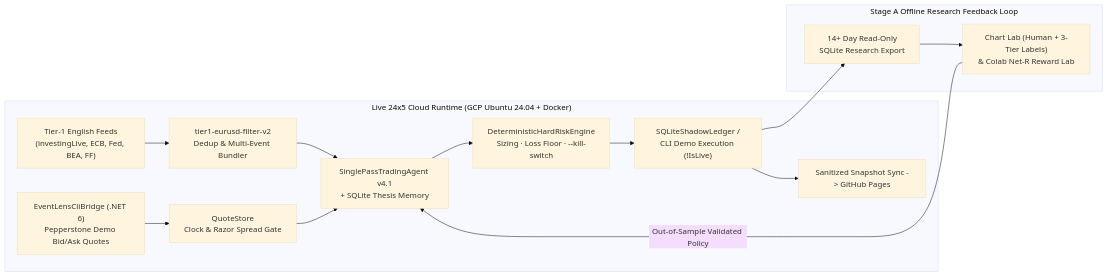
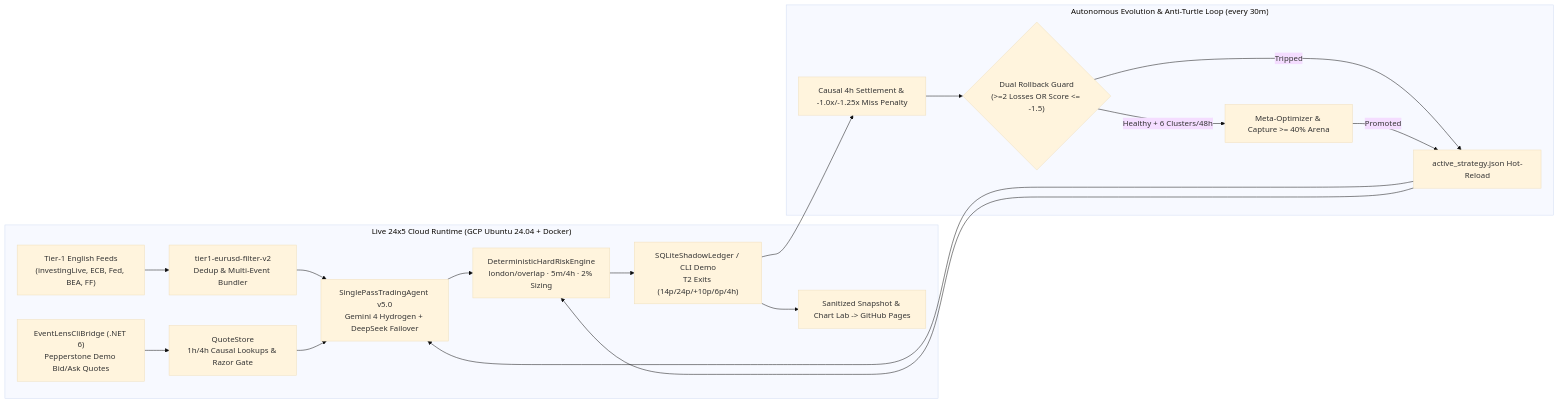
Before and after one commit to lohis-aimbot/eventlens: the diagram in README.md, drawn with Mermaid (base theme). The commit also changed other lines of this file and 15 other files, not shown here.

Commit message:
feat(evolution): add anti-turtle reward penalties, 6-cluster Meta-Optimizer arena, hot-reload, dual auto-rollback, and updated READMEs

````diff
--- a/README.md
+++ b/README.md
@@ -60,18 +62,22 @@
 ```mermaid
 flowchart LR
     subgraph LiveRuntime["Live 24x5 Cloud Runtime (GCP Ubuntu 24.04 + Docker)"]
         News["Tier-1 English Feeds<br/>(investingLive, ECB, Fed, BEA, FF)"] --> Filter["tier1-eurusd-filter-v2<br/>Dedup & Multi-Event Bundler"]
-        Bridge["EventLensCliBridge (.NET 6)<br/>Pepperstone Demo Bid/Ask Quotes"] --> Quotes["QuoteStore<br/>Clock & Razor Spread Gate"]
-        Filter --> Agent["SinglePassTradingAgent v4.1<br/>+ SQLite Thesis Memory"]
+        Bridge["EventLensCliBridge (.NET 6)<br/>Pepperstone Demo Bid/Ask Quotes"] --> Quotes["QuoteStore<br/>1h/4h Causal Lookups & Razor Gate"]
+        Filter --> Agent["SinglePassTradingAgent v5.0<br/>Gemini 4 Hydrogen + DeepSeek Failover"]
         Quotes --> Agent
-        Agent --> Risk["DeterministicHardRiskEngine<br/>Sizing · Loss Floor · --kill-switch"]
-        Risk --> Ledger["SQLiteShadowLedger /<br/>CLI Demo Execution (!IsLive)"]
-        Ledger --> Dash["Sanitized Snapshot Sync -> GitHub Pages"]
+        Agent --> Risk["DeterministicHardRiskEngine<br/>london/overlap · 5m/4h · 2% Sizing"]
+        Risk --> Ledger["SQLiteShadowLedger / CLI Demo<br/>T2 Exits (14p/24p/+10p/6p/4h)"]
+        Ledger --> Dash["Sanitized Snapshot & Chart Lab -> GitHub Pages"]
     end
 
-    subgraph StageALab["Stage A Offline Research Feedback Loop"]
-        Ledger --> Export["14+ Day Read-Only<br/>SQLite Research Export"]
-        Export --> Lab["Chart Lab (Human + 3-Tier Labels)<br/>& Colab Net-R Reward Lab"]
-        Lab -->|"Out-of-Sample Validated Policy"| Agent
+    subgraph AutoEvo["Autonomous Evolution & Anti-Turtle Loop (every 30m)"]
+        Ledger --> Settle["Causal 4h Settlement & -1.0x/-1.25x Miss Penalty"]
+        Settle --> Guard{"Dual Rollback Guard<br/>(>=2 Losses OR Score <= -1.5)"}
+        Guard -- "Healthy + 6 Clusters/48h" --> Arena["Meta-Optimizer & Capture >= 40% Arena"]
+        Guard -- "Tripped" --> Hot["Rollback & Blacklist Hash"]
+        Arena -- "Promoted" --> Hot["active_strategy.json Hot-Reload"]
+        Hot --> Agent
+        Hot --> Risk
     end
 ```
````
